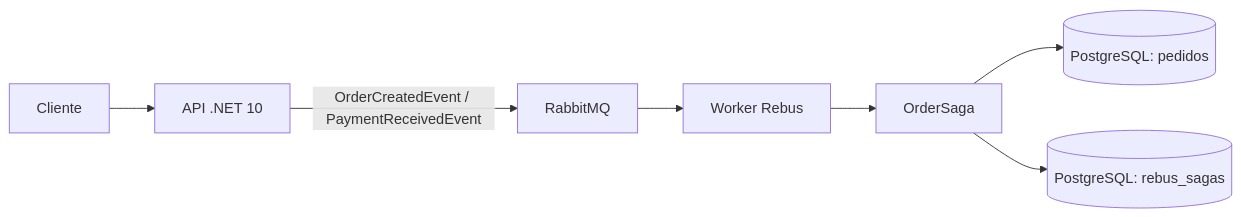
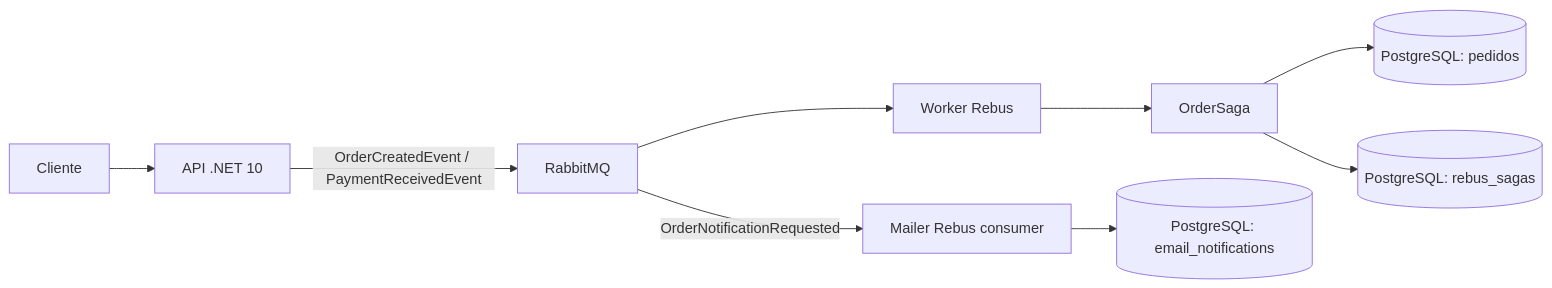
One commit to avmesquita/rabbitmq-rebus-study-case changed the diagram in docs/architecture.md. Above: the diagram before and after it, drawn with Mermaid. The commit also changed other lines of this file and 15 other files, not shown here.

````diff
--- a/docs/architecture.md
+++ b/docs/architecture.md
@@ -5,9 +5,11 @@
 ```mermaid
 flowchart LR
     Client[Cliente] --> API[API .NET 10]
     API -->|OrderCreatedEvent / PaymentReceivedEvent| Rabbit[RabbitMQ]
     Rabbit --> Worker[Worker Rebus]
     Worker --> Saga[OrderSaga]
     Saga --> Orders[(PostgreSQL: pedidos)]
     Saga --> SagaData[(PostgreSQL: rebus_sagas)]
+    Mailer[Mailer Rebus consumer] --> Notifications[(PostgreSQL: email_notifications)]
+    Rabbit -->|OrderNotificationRequested| Mailer
 ```
````
